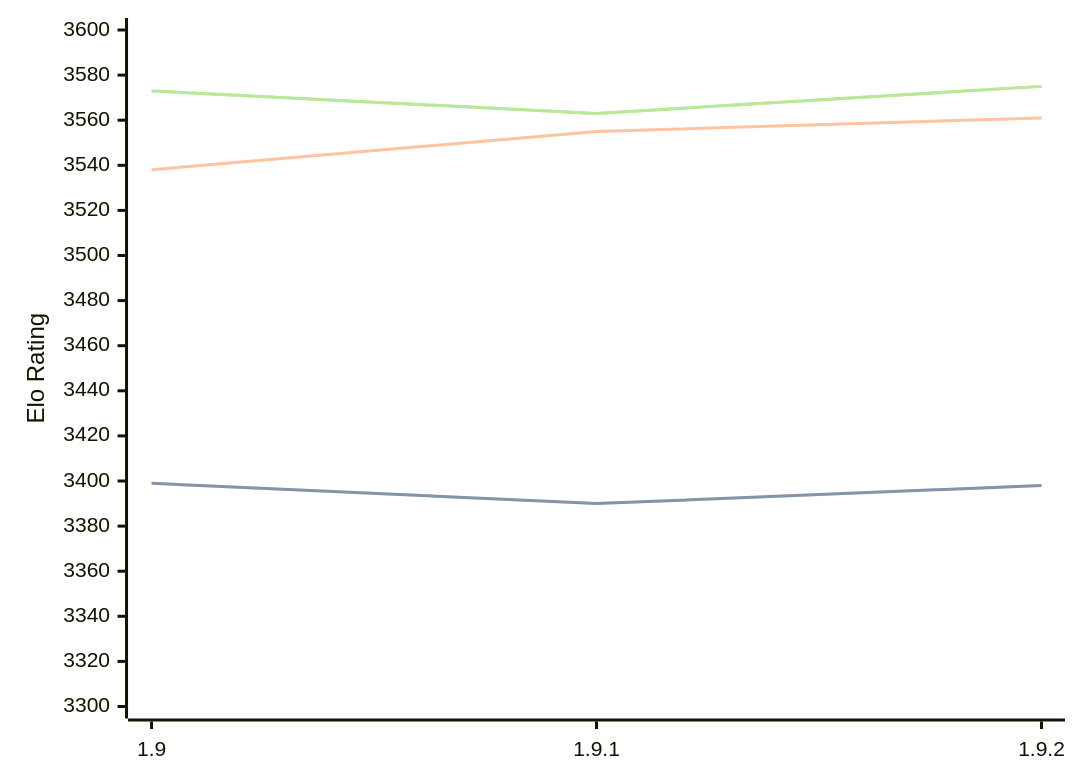
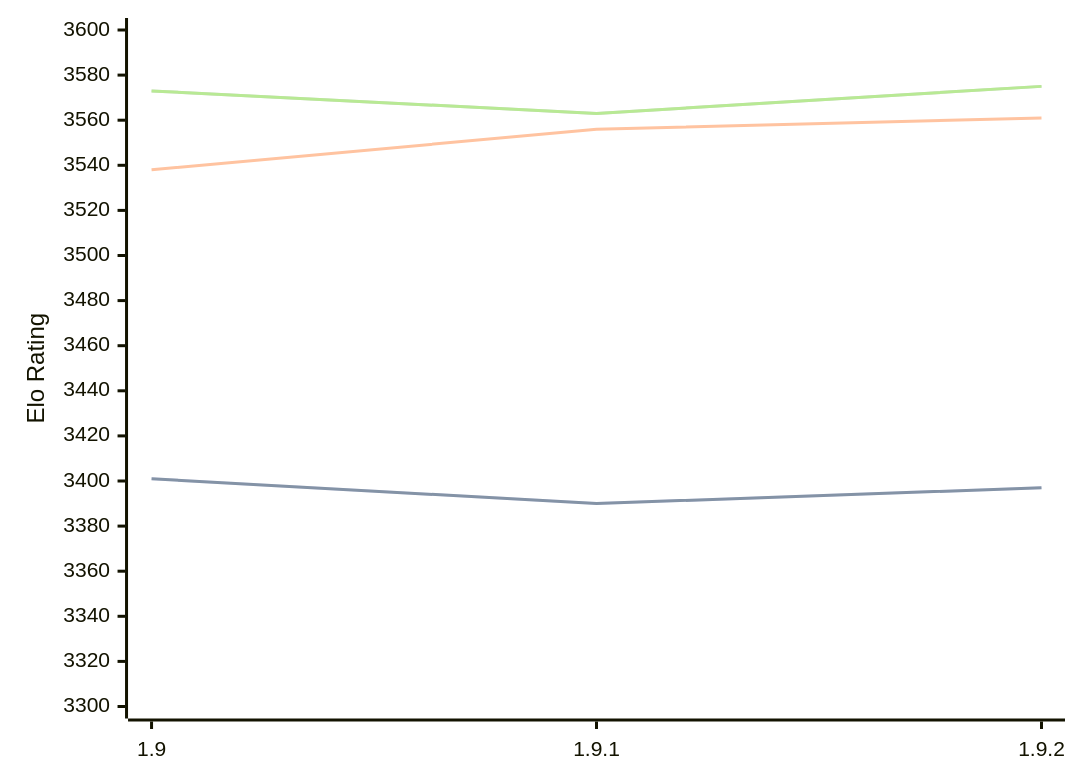
Before and after one commit to computer-chess-index/cci: the diagram in engines/Pawnocchio.md, drawn with Mermaid. The commit also changed other lines of this file, not shown here.

````diff
--- a/engines/Pawnocchio.md
+++ b/engines/Pawnocchio.md
@@ -48,11 +48,11 @@
 ```mermaid
 %%{init: {"theme":"base","themeVariables":{"seriesColors:['#a3a3a3','#222221','#faa371']}}}%%
 xychart-beta
   x-axis ["1.9", "1.9.1", "1.9.2"]
   y-axis "Elo Rating" 3300 --> 3600
-  line "STC (8.0+0.08s)" [3399, 3390, 3398]
-  line "STC (8.0+0.08s)" [3399, 3390, 3398]
-  line "LTC (60.0+0.60s)" [3538, 3555, 3561]
+  line "STC (8.0+0.08s)" [3401, 3390, 3397]
+  line "STC (8.0+0.08s)" [3401, 3390, 3397]
+  line "LTC (60.0+0.60s)" [3538, 3556, 3561]
   line "VLTC (2m24s+1.12s)" [3573, 3563, 3575]
   line "VLTC (2m24s+1.12s)" [3573, 3563, 3575]
 ```
````
